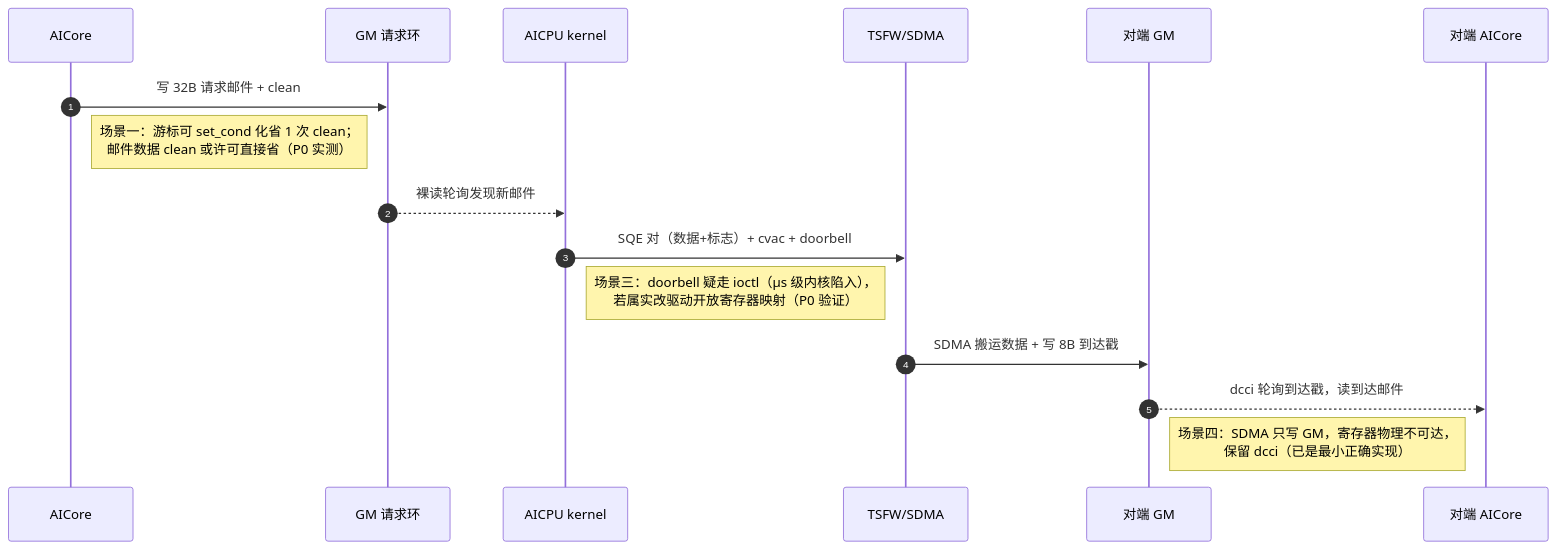
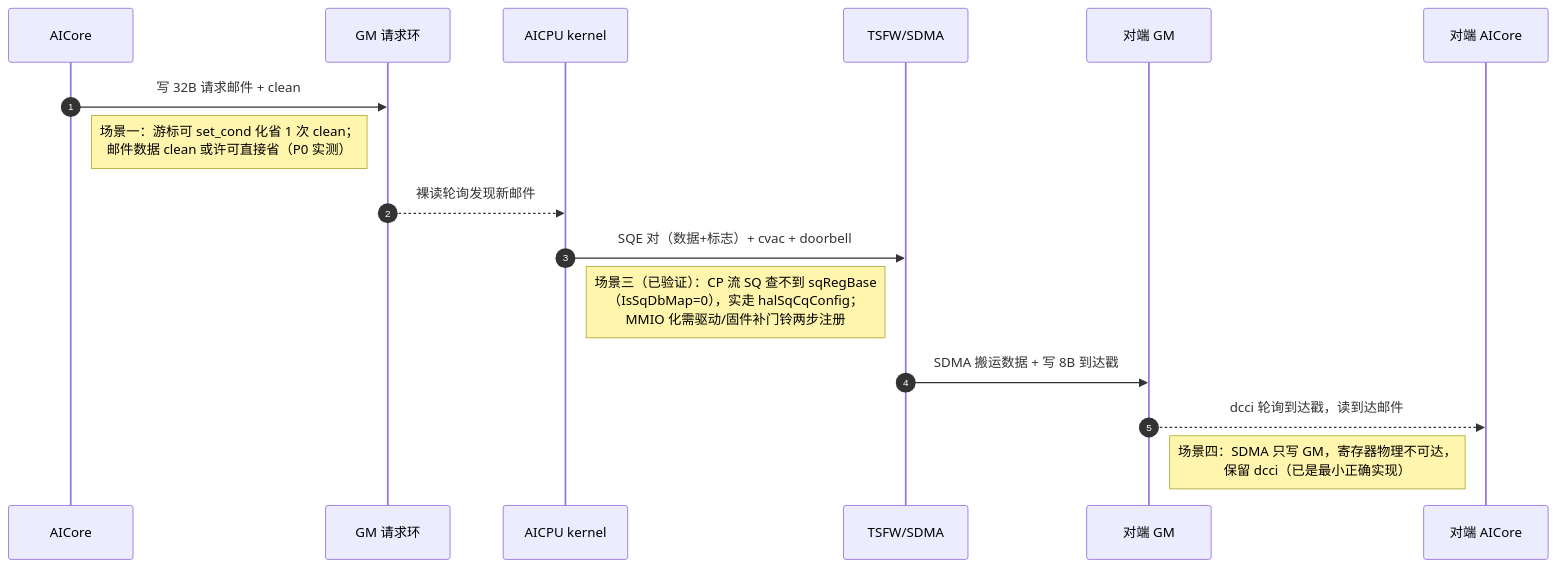
Before and after one commit to 10wvw01/memfabric_hybrid: the sixth of 6 diagrams in docs/310p/寄存器开放机制与AICPU方案优化机会.md, drawn with Mermaid. The commit also changed other lines of this file, not shown here.

Commit message:
docs(310p): 场景三doorbell验证定论 — CP流SQ查不到sqRegBase(IsSqDbMap=0实measured+zbal式直写失败+tsch源码门铃两步注册被闭源remote handler跳过),实走halSqCqConfig;MMIO化需驱动/固件补两步注册非单纯映射;新增特制驱动机器IsSqDbMap未知项待验;优先级表P0标记完成

````diff
--- a/docs/310p/寄存器开放机制与AICPU方案优化机会.md
+++ b/docs/310p/寄存器开放机制与AICPU方案优化机会.md
@@ -269,18 +269,18 @@
 ```mermaid
 sequenceDiagram
     autonumber
     participant K as AICore
     participant R as GM 请求环
     participant A as AICPU kernel
     participant T as TSFW/SDMA
     participant P as 对端 GM
     participant W as 对端 AICore
     K->>R: 写 32B 请求邮件 + clean
     Note right of K: 场景一：游标可 set_cond 化省 1 次 clean；<br/>邮件数据 clean 或许可直接省（P0 实测）
     R-->>A: 裸读轮询发现新邮件
     A->>T: SQE 对（数据+标志）+ cvac + doorbell
-    Note right of A: 场景三：doorbell 疑走 ioctl（μs 级内核陷入），<br/>若属实改驱动开放寄存器映射（P0 验证）
+    Note right of A: 场景三（已验证）：CP 流 SQ 查不到 sqRegBase<br/>（IsSqDbMap=0），实走 halSqCqConfig；<br/>MMIO 化需驱动/固件补门铃两步注册
     T->>P: SDMA 搬运数据 + 写 8B 到达戳
     P-->>W: dcci 轮询到达戳，读到达邮件
     Note left of W: 场景四：SDMA 只写 GM，寄存器物理不可达，<br/>保留 dcci（已是最小正确实现）
 ```
````
